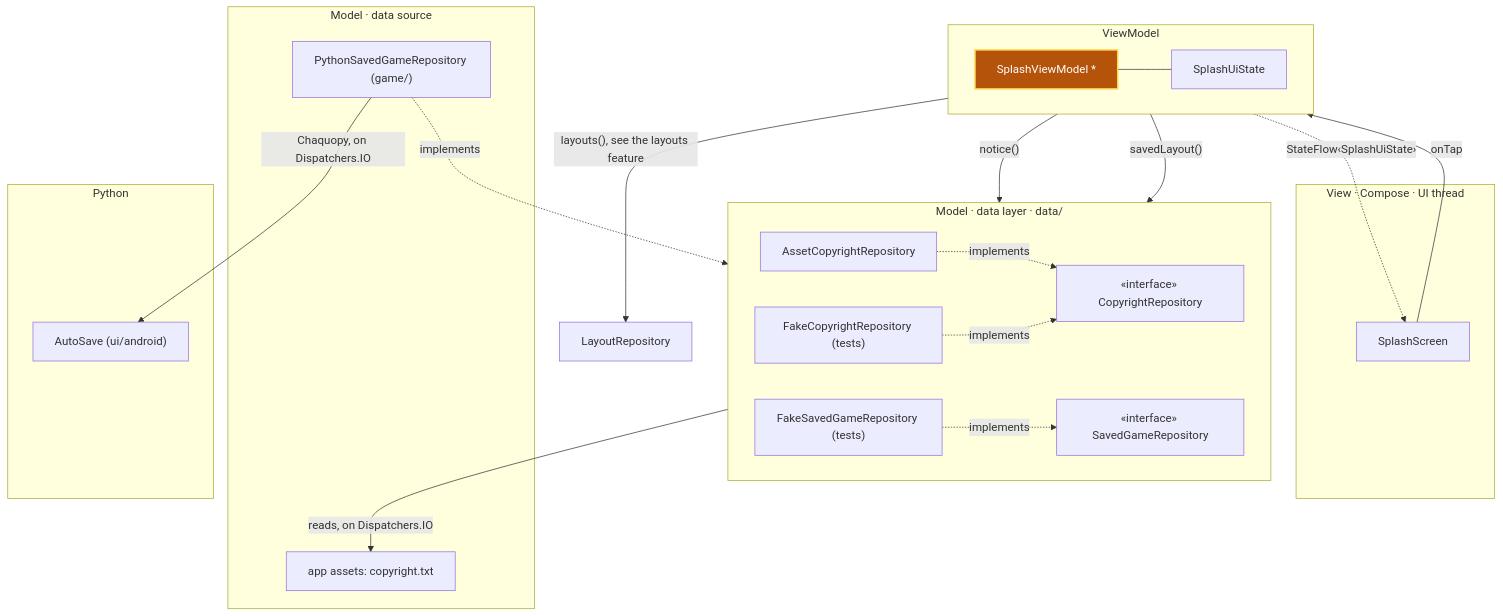
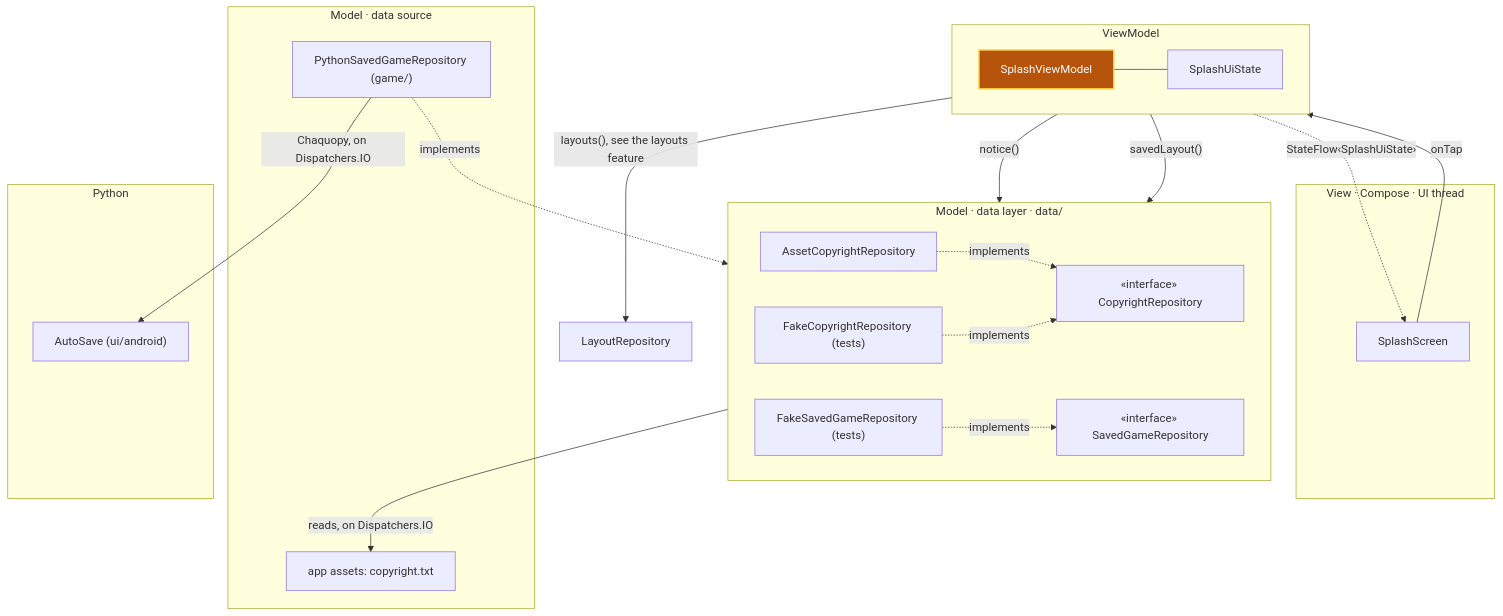
Before and after one commit to aivanov61/sudoku-solver: the second of 9 diagrams in android/docs/architecture.md, drawn with Mermaid. The commit also changed other lines of this file and 20 other files, not shown here.

````diff
--- a/android/docs/architecture.md
+++ b/android/docs/architecture.md
@@ -95,41 +95,41 @@
 ```mermaid
 flowchart TB
     subgraph View["View · Compose · UI thread"]
         SplashScreen
     end
 
     subgraph VM["ViewModel"]
         direction LR
-        SplashViewModel["SplashViewModel *"] --- SplashUiState
+        SplashViewModel --- SplashUiState
     end
 
     subgraph DataLayer["Model · data layer · data/"]
         direction LR
         AssetCopyrightRepository -. implements .-> CopyrightRepository["«interface» CopyrightRepository"]
         FakeCopyrightRepository["FakeCopyrightRepository (tests)"] -. implements .-> CopyrightRepository
         SavedGameRepository["«interface» SavedGameRepository"]
         FakeSavedGameRepository["FakeSavedGameRepository (tests)"] -. implements .-> SavedGameRepository
     end
 
     subgraph DataSource["Model · data source"]
         Assets["app assets: copyright.txt"]
         PythonSavedGameRepository["PythonSavedGameRepository (game/)"]
     end
 
     subgraph Python["Python"]
         AutoSave["AutoSave (ui/android)"]
     end
 
     SplashScreen -- "onTap" --> SplashViewModel
     SplashViewModel -. "StateFlow‹SplashUiState›" .-> SplashScreen
     SplashViewModel -- "notice()" --> CopyrightRepository
     SplashViewModel -- "layouts(), see the layouts feature" --> LayoutRepository["LayoutRepository"]
     SplashViewModel -- "savedLayout()" --> SavedGameRepository
     AssetCopyrightRepository -- "reads, on Dispatchers.IO" --> Assets
     PythonSavedGameRepository -. implements .-> SavedGameRepository
     PythonSavedGameRepository -- "Chaquopy, on Dispatchers.IO" --> AutoSave
 
     classDef new fill:#2e7d32,stroke:#a5d6a7,stroke-width:2px,color:#ffffff
     classDef changed fill:#b45309,stroke:#fcd34d,stroke-width:2px,color:#ffffff
     class SplashViewModel changed
 ```
````
